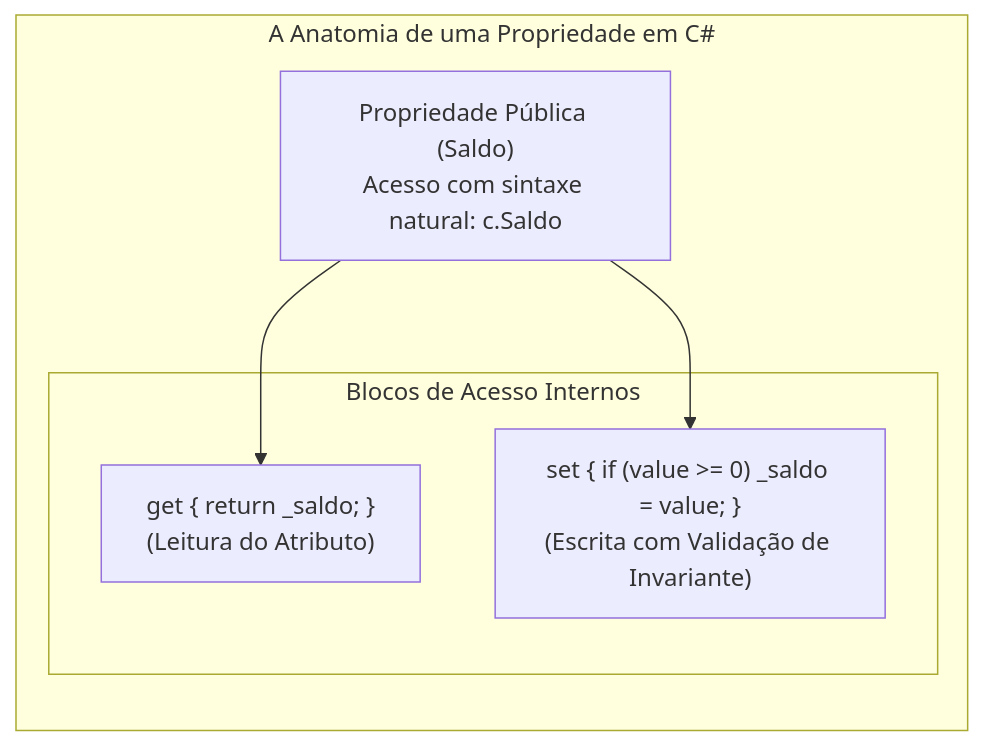
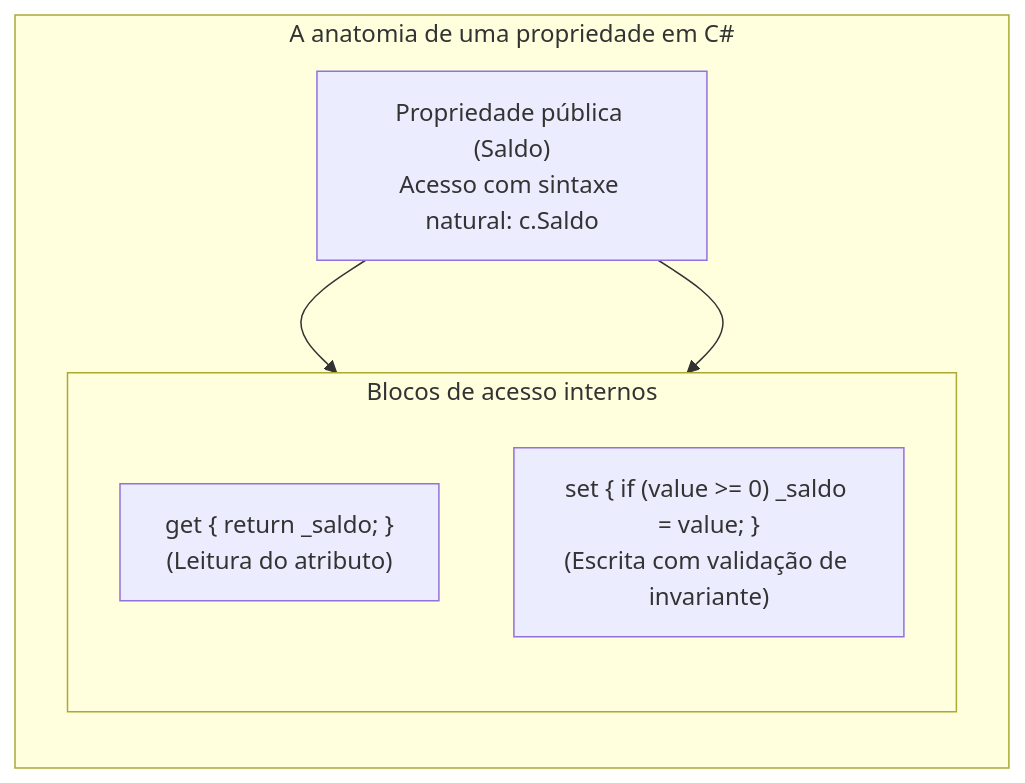
The fourth of 7 diagrams in 01. Programacao Modular/09. Atributos estáticos e propriedades (compartilhamento de estado e encapsulamento).md (leorruas/puc), drawn with Mermaid before and after one commit. The commit also changed 7 other files, not shown here.

Commit message:
refactor(mermaid): padroniza engine do app com curve linear para linhas retas, atualiza Regra 9 do AGENTS.md e refatora todos os diagramas LR para TD vertical em todo o vault

````diff
--- a/01. Programacao Modular/09. Atributos estáticos e propriedades (compartilhamento de estado e encapsulamento).md
+++ b/01. Programacao Modular/09. Atributos estáticos e propriedades (compartilhamento de estado e encapsulamento).md
@@ -122,15 +122,16 @@
 ```mermaid
-flowchart LR
-    subgraph Encapsulamento ["A Anatomia de uma Propriedade em C#"]
+flowchart TD
+    subgraph Encapsulamento ["A anatomia de uma propriedade em C#"]
         direction TB
-        Prop["Propriedade Pública (Saldo)<br>Acesso com sintaxe natural: c.Saldo"]
+        Prop["Propriedade pública (Saldo)<br>Acesso com sintaxe natural: c.Saldo"]
         
-        subgraph Acessores ["Blocos de Acesso Internos"]
-            GetBlock["get { return _saldo; }<br>(Leitura do Atributo)"]
-            SetBlock["set { if (value >= 0) _saldo = value; }<br>(Escrita com Validação de Invariante)"]
+        subgraph Acessores ["Blocos de acesso internos"]
+            direction TB
+            GetBlock["get { return _saldo; }<br>(Leitura do atributo)"]
+            SetBlock["set { if (value >= 0) _saldo = value; }<br>(Escrita com validação de invariante)"]
         end
 
         Prop --> GetBlock
         Prop --> SetBlock
     end
 ```
````
